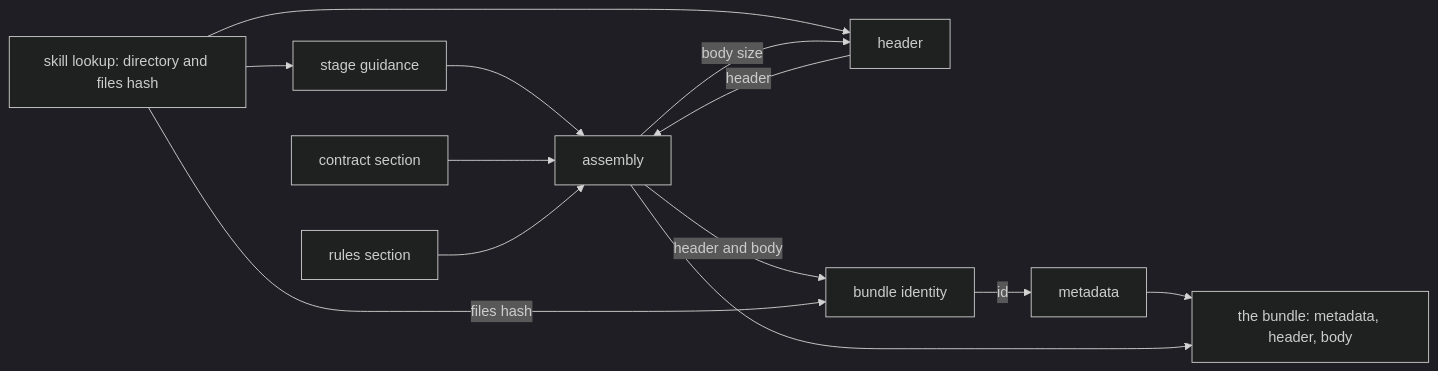
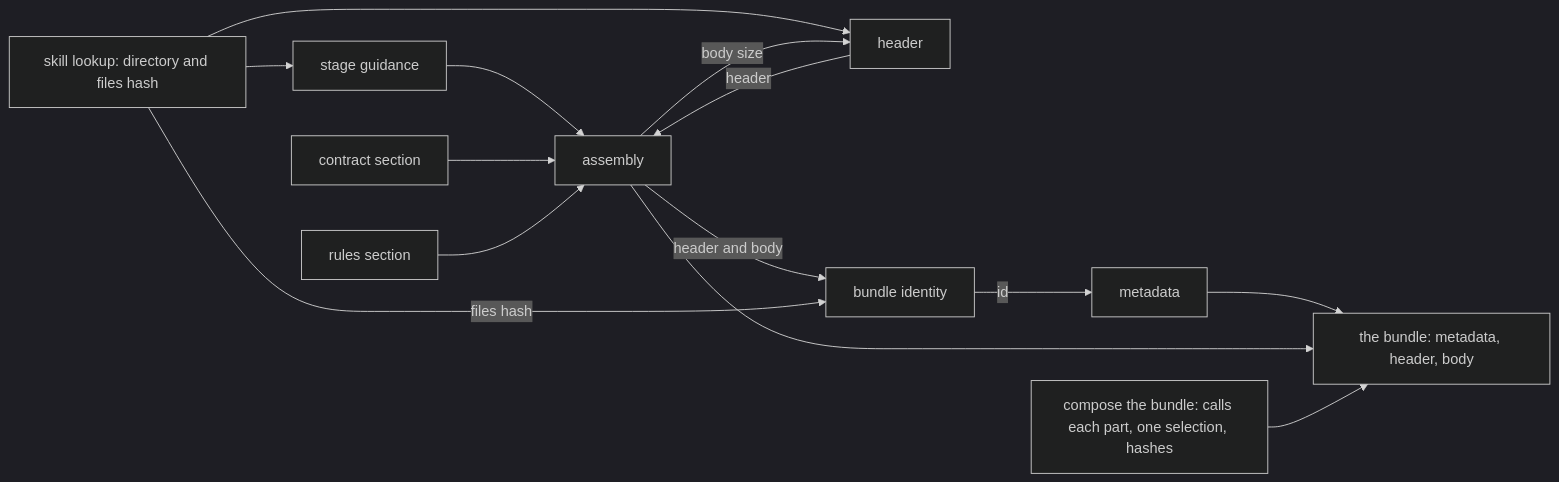
Before and after one commit to msitarz/wio: the diagram in .agents/wio/works/wio-context/bundle-composition/README.md, drawn with Mermaid (dark theme). The commit also changed other lines of this file and 14 other files, not shown here.

````diff
--- a/.agents/wio/works/wio-context/bundle-composition/README.md
+++ b/.agents/wio/works/wio-context/bundle-composition/README.md
@@ -88,15 +89,16 @@
 ```mermaid
 flowchart LR
     skill["skill lookup: directory and files hash"] --> guide["stage guidance"]
     skill --> head["header"]
     guide --> asm["assembly"]
     contract["contract section"] --> asm
     rules["rules section"] --> asm
     asm -->|"body size"| head
     head -->|"header"| asm
     asm -->|"header and body"| ident["bundle identity"]
     skill -->|"files hash"| ident
     ident -->|"id"| meta["metadata"]
     meta --> bundle["the bundle: metadata, header, body"]
-    asm --> bundle
+        asm --> bundle
+    compose["compose the bundle: calls each part, one selection, hashes"] --> bundle
 ```
````
